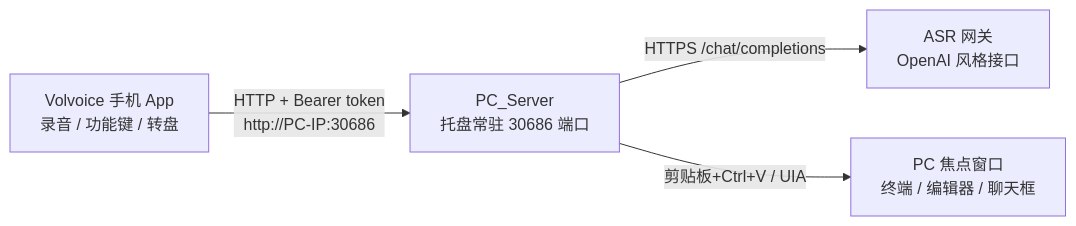
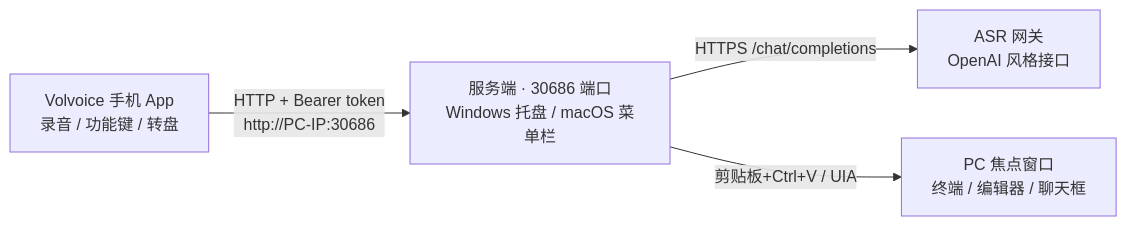
One commit to serenpax/volvoice changed the diagram in README.md. Above: the diagram before and after it, drawn with Mermaid. The commit also changed other lines of this file and 7 other files, not shown here.

Commit message:
Fix crash on truncated UTF-8 in log sink; add failure logging; update README (Mac server, new UI screenshots)

````diff
--- a/README.md
+++ b/README.md
@@ -33,6 +33,6 @@
 ```mermaid
 flowchart LR
-    A[Volvoice 手机 App<br/>录音 / 功能键 / 转盘] -- "HTTP + Bearer token<br/>http://PC-IP:30686" --> B[PC_Server<br/>托盘常驻 30686 端口]
+    A[Volvoice 手机 App<br/>录音 / 功能键 / 转盘] -- "HTTP + Bearer token<br/>http://PC-IP:30686" --> B[服务端 · 30686 端口<br/>Windows 托盘 / macOS 菜单栏]
     B -- "HTTPS /chat/completions" --> C[ASR 网关<br/>OpenAI 风格接口]
     B -- "剪贴板+Ctrl+V / UIA" --> D[PC 焦点窗口<br/>终端 / 编辑器 / 聊天框]
 ```
````
